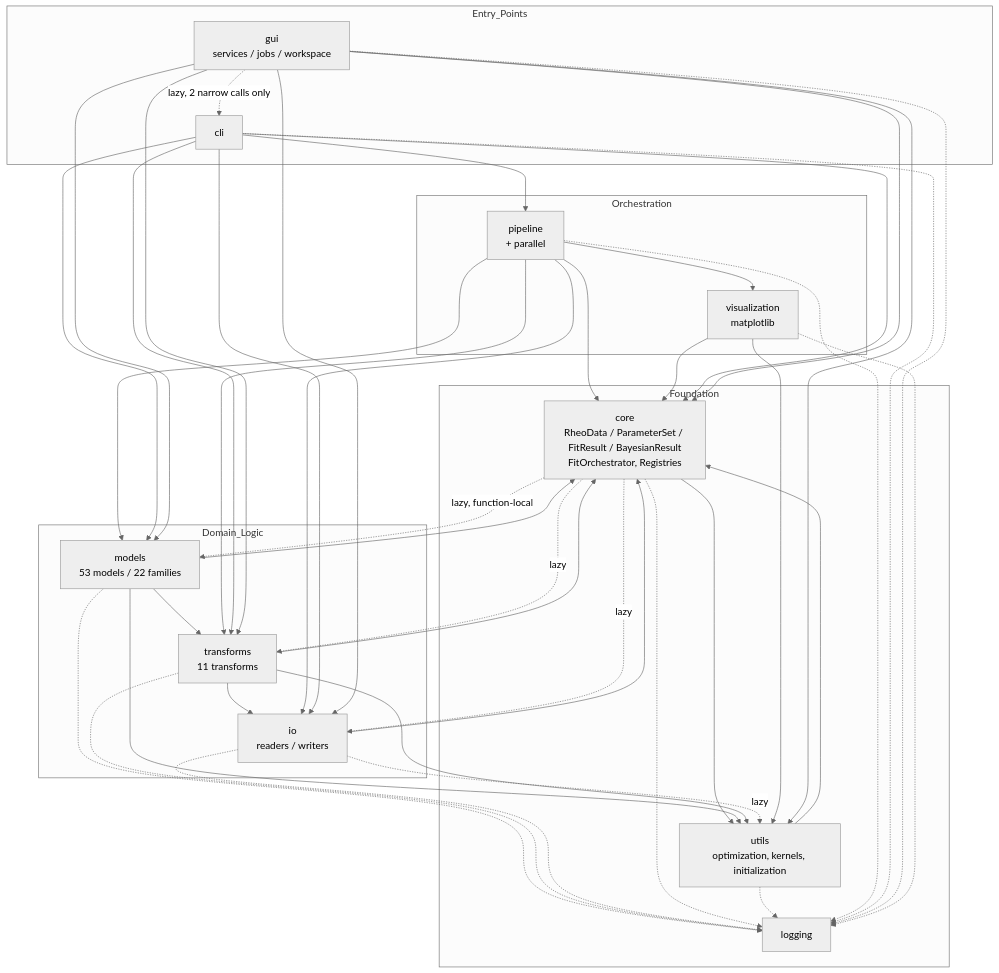
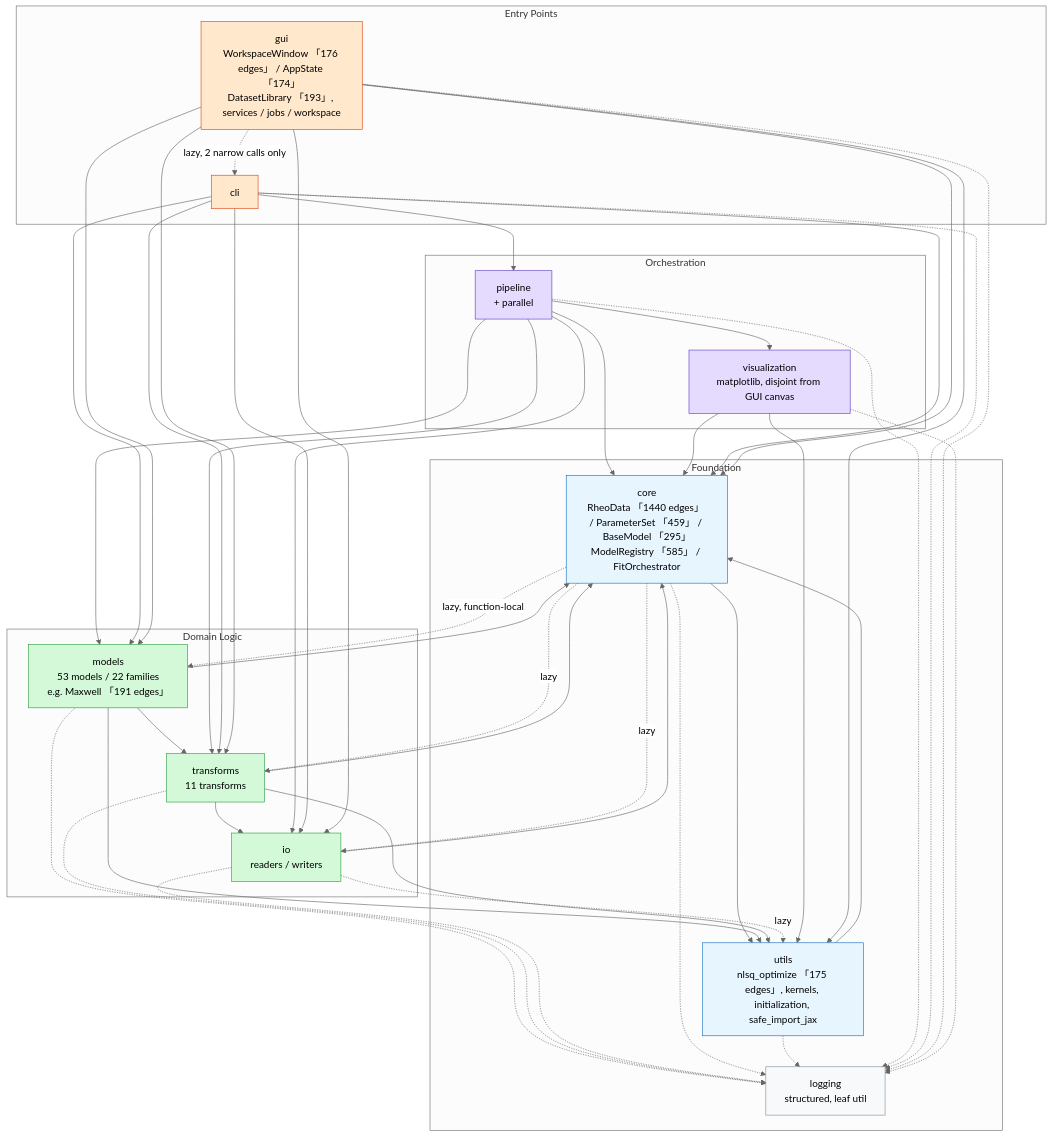
Before and after one commit to imewei/rheojax: the diagram in analysis/rheojax/ARCHITECTURE.mmd, drawn with Mermaid (neutral theme).

Commit message:
docs(analysis): refresh rheojax architecture diagram from graphify report
Re-derive analysis/rheojax/ARCHITECTURE.mmd from graphify-out/GRAPH_REPORT.md
(24531 nodes, 47741 edges, 0 import cycles). Annotate the core/utils/models/gui
boxes with the report's top god nodes (RheoData, ModelRegistry, ParameterSet,
BaseModel, nlsq_optimize, safe_import_jax, Maxwell, WorkspaceWindow, AppState,
DatasetLibrary) and note the confirmed zero-cycle result; module boundaries
and edges unchanged since they already matched the current 10-domain layout.

```diff
--- a/analysis/rheojax/ARCHITECTURE.mmd
+++ b/analysis/rheojax/ARCHITECTURE.mmd
@@ -1,71 +1,83 @@
+%% Regenerated 2026-08-16 from graphify-out/GRAPH_REPORT.md (24531 nodes, 47741 edges, 0 import cycles detected)
 graph TD
-    subgraph Foundation
-        LOG[logging]
-        CORE[core<br/>RheoData / ParameterSet / FitResult / BayesianResult<br/>FitOrchestrator, Registries]
-        UTILS[utils<br/>optimization, kernels, initialization]
+    subgraph foundation["Foundation"]
+        LOG[logging<br/>structured, leaf util]
+        CORE["core<br/>RheoData 「1440 edges」 / ParameterSet 「459」 / BaseModel 「295」<br/>ModelRegistry 「585」 / FitOrchestrator"]
+        UTILS["utils<br/>nlsq_optimize 「175 edges」, kernels, initialization, safe_import_jax"]
     end
 
-    subgraph Domain_Logic
-        MODELS[models<br/>53 models / 22 families]
+    subgraph domain_logic["Domain Logic"]
+        MODELS["models<br/>53 models / 22 families<br/>e.g. Maxwell 「191 edges」"]
         TRANSFORMS[transforms<br/>11 transforms]
         IO[io<br/>readers / writers]
     end
 
-    subgraph Orchestration
+    subgraph orchestration["Orchestration"]
         PIPE[pipeline<br/>+ parallel]
-        VIZ[visualization<br/>matplotlib]
+        VIZ[visualization<br/>matplotlib, disjoint from GUI canvas]
     end
 
-    subgraph Entry_Points
+    subgraph entry_points["Entry Points"]
         CLI[cli]
-        GUI[gui<br/>services / jobs / workspace]
+        GUI["gui<br/>WorkspaceWindow 「176 edges」 / AppState 「174」<br/>DatasetLibrary 「193」, services / jobs / workspace"]
     end
 
     CORE -.lazy, function-local.-> MODELS
     CORE -.lazy.-> TRANSFORMS
     CORE -.lazy.-> IO
     CORE --> UTILS
     UTILS --> CORE
 
     MODELS --> CORE
     MODELS --> TRANSFORMS
     MODELS --> UTILS
 
     TRANSFORMS --> CORE
     TRANSFORMS --> IO
     TRANSFORMS --> UTILS
 
     IO --> CORE
     IO -.lazy.-> UTILS
 
     PIPE --> CORE
     PIPE --> MODELS
     PIPE --> TRANSFORMS
     PIPE --> IO
     PIPE --> VIZ
 
     VIZ --> CORE
     VIZ --> UTILS
 
     CLI --> CORE
     CLI --> MODELS
     CLI --> TRANSFORMS
     CLI --> IO
     CLI --> PIPE
 
     GUI --> CORE
     GUI --> MODELS
     GUI --> TRANSFORMS
     GUI --> IO
     GUI --> UTILS
     GUI -.lazy, 2 narrow calls only.-> CLI
 
     MODELS -.-> LOG
     TRANSFORMS -.-> LOG
     IO -.-> LOG
     CORE -.-> LOG
     UTILS -.-> LOG
     PIPE -.-> LOG
     CLI -.-> LOG
     GUI -.-> LOG
     VIZ -.-> LOG
+
+    style CORE fill:#e7f5ff,stroke:#1971c2
+    style UTILS fill:#e7f5ff,stroke:#1971c2
+    style MODELS fill:#d3f9d8,stroke:#2f9e44
+    style TRANSFORMS fill:#d3f9d8,stroke:#2f9e44
+    style IO fill:#d3f9d8,stroke:#2f9e44
+    style PIPE fill:#e5dbff,stroke:#5f3dc4
+    style VIZ fill:#e5dbff,stroke:#5f3dc4
+    style CLI fill:#ffe8cc,stroke:#d9480f
+    style GUI fill:#ffe8cc,stroke:#d9480f
+    style LOG fill:#f8f9fa,stroke:#868e96
```
